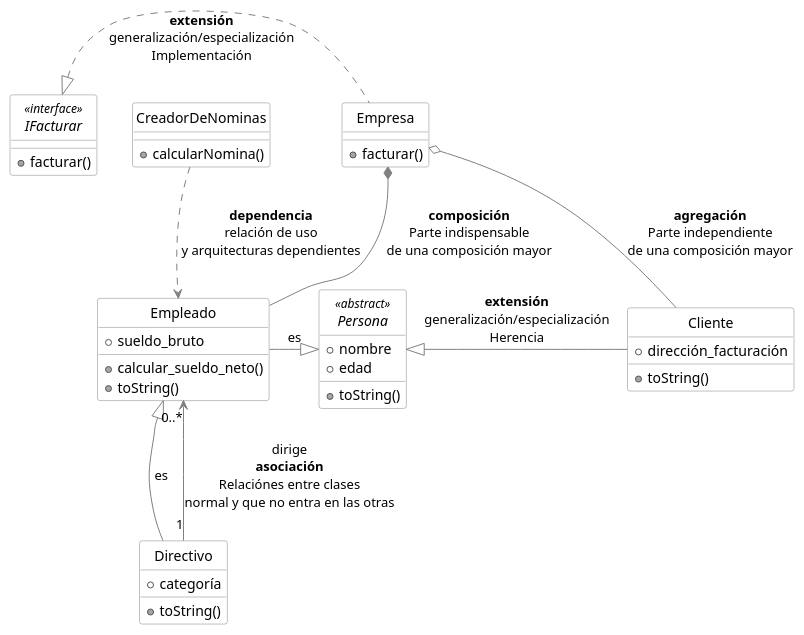
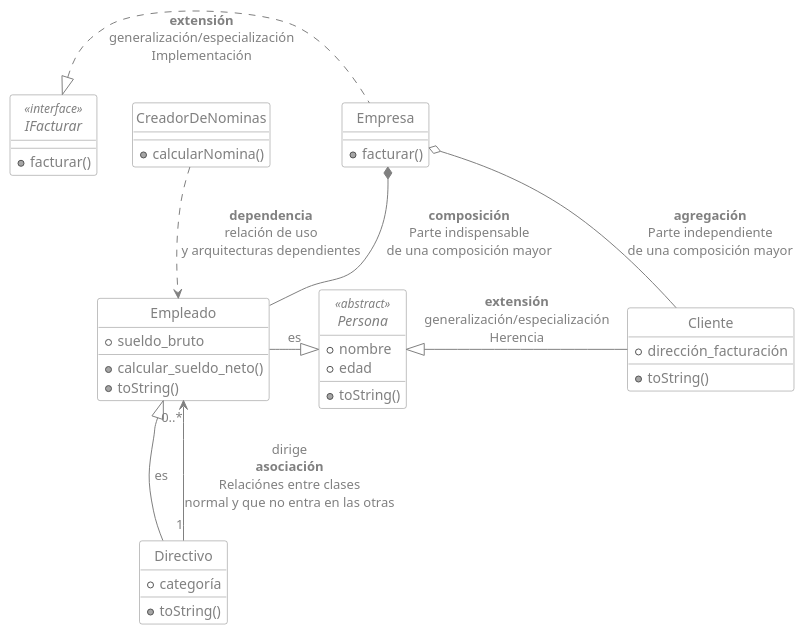
The second of 7 diagrams in ejemplos/fraccion_completo.md (srlopez/RUP), drawn with PlantUML before and after one commit. The commit also changed other lines of this file, not shown here.

Commit message:
relaciones

````diff
--- a/ejemplos/fraccion_completo.md
+++ b/ejemplos/fraccion_completo.md
@@ -146,54 +146,56 @@
 ```plantuml
+legend Ejemplos de relaciones UML
 left to right direction
 'top to bottom direction
 @startuml
 skinparam monochrome true
 skinparam backgroundColor transparent
-skinparam classBackgroundColor transparent
+'skinparam classBackgroundColor transparent
 'skinparam handwritten true
 skinparam style strictuml
+skinparam defaultFontColor Grey
 skinparam class {
   skinparam shadowing false
   BackgroundColor White
   BorderColor Gray
   ' FontName Consolas
   ArrowColor Gray
 }
 
 abstract Persona <<abstract>>{
  +nombre
  +edad
  +toString()
 }
 Class Empleado {
  +sueldo_bruto
  +calcular_sueldo_neto()
  +toString()
 }
 Class Cliente {
  +dirección_facturación
  +toString()
 }
 Class Directivo {
  +categoría
  +toString()
 }
 Class Empresa {
  +facturar()
 }
 Class CreadorDeNominas {
  +calcularNomina()
 }
 Interface IFacturar <<interface>> {
  +facturar()
 }
 IFacturar <|.r. Empresa: <b>extensión</b>\ngeneralización/especialización\nImplementación
 Persona <|-r- Cliente: <b>extensión</b>\ngeneralización/especialización\nHerencia
 Empleado -r-|> Persona: es
 Empleado <|-- Directivo: es
 Empresa o-- Cliente: <b>agregación</b>\nParte independiente\nde una composición mayor
 Empresa *-- Empleado: <b>composición</b>\nParte indispensable\nde una composición mayor
 CreadorDeNominas ..> Empleado: <b>dependencia</b>\nrelación de uso\ny arquitecturas dependientes
 Directivo "1" --> "0..*" Empleado: dirige\n<b>asociación</b>\nRelaciónes entre clases\nnormal y que no entra en las otras
 @enduml
 ```
````
